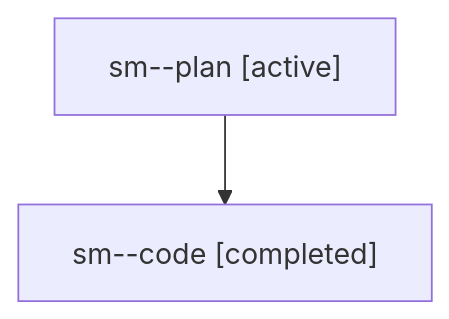
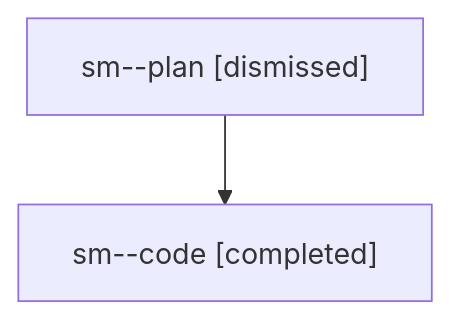
One commit to sase-org/sase--agents changed the diagram in sessions/bbugyi200.athena.sm.md. Above: the diagram before and after it, drawn with Mermaid. The commit also changed other lines of this file and 14 other files, not shown here.

````diff
--- a/sessions/bbugyi200.athena.sm.md
+++ b/sessions/bbugyi200.athena.sm.md
@@ -9,6 +9,6 @@
 ```mermaid
 flowchart TD
-  n0["sm--plan [active]"]
+  n0["sm--plan [dismissed]"]
   n1["sm--code [completed]"]
   n0 --> n1
 ```
````
